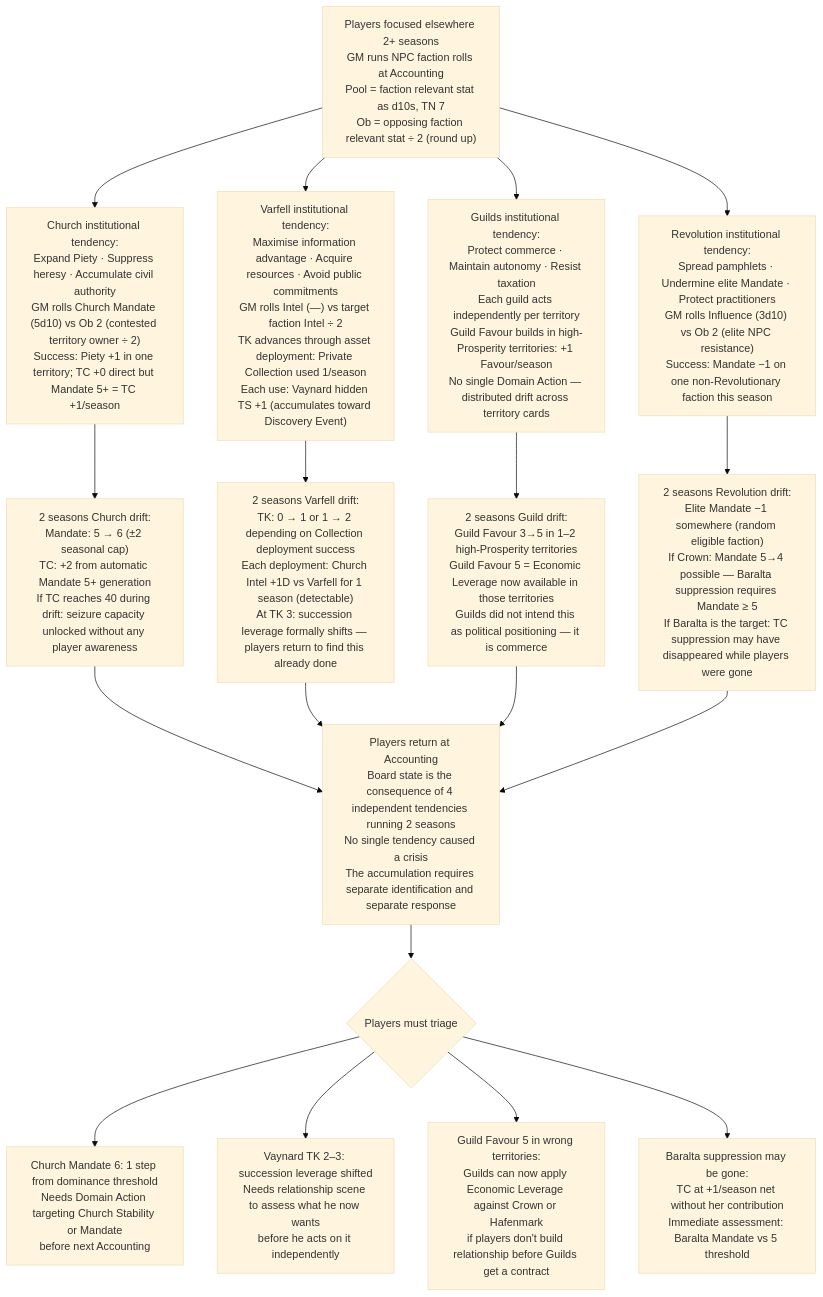
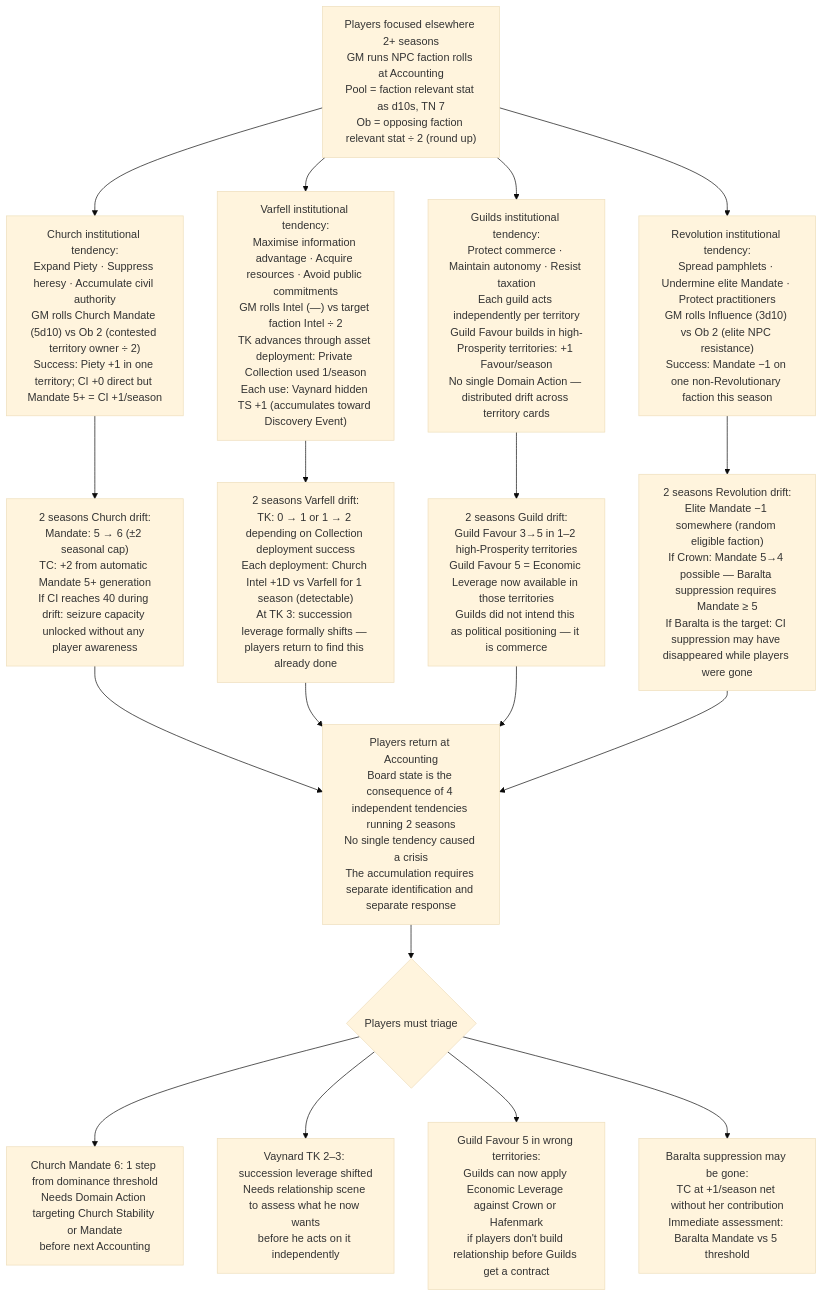
One commit to jordanelias/ttrpg changed the first of 4 diagrams in designs/arcs/arcs_16_19.md. Above: the diagram before and after it, drawn with Mermaid (base theme). The commit also changed other lines of this file and 59 other files, not shown here.

````diff
--- a/designs/arcs/arcs_16_19.md
+++ b/designs/arcs/arcs_16_19.md
@@ -32,19 +32,19 @@
 ```mermaid
 flowchart TD
-    A["Players focused elsewhere 2+ seasons\nGM runs NPC faction rolls at Accounting\nPool = faction relevant stat as d10s, TN 7\nOb = opposing faction relevant stat ÷ 2 (round up)"] --> B["Church institutional tendency:\nExpand Piety · Suppress heresy · Accumulate civil authority\nGM rolls Church Mandate (5d10) vs Ob 2 (contested territory owner ÷ 2)\nSuccess: Piety +1 in one territory; TC +0 direct but Mandate 5+ = TC +1/season"]
+    A["Players focused elsewhere 2+ seasons\nGM runs NPC faction rolls at Accounting\nPool = faction relevant stat as d10s, TN 7\nOb = opposing faction relevant stat ÷ 2 (round up)"] --> B["Church institutional tendency:\nExpand Piety · Suppress heresy · Accumulate civil authority\nGM rolls Church Mandate (5d10) vs Ob 2 (contested territory owner ÷ 2)\nSuccess: Piety +1 in one territory; CI +0 direct but Mandate 5+ = CI +1/season"]
     A --> C["Varfell institutional tendency:\nMaximise information advantage · Acquire resources · Avoid public commitments\nGM rolls Intel (—) vs target faction Intel ÷ 2\nTK advances through asset deployment: Private Collection used 1/season\nEach use: Vaynard hidden TS +1 (accumulates toward Discovery Event)"]
     A --> D["Guilds institutional tendency:\nProtect commerce · Maintain autonomy · Resist taxation\nEach guild acts independently per territory\nGuild Favour builds in high-Prosperity territories: +1 Favour/season\nNo single Domain Action — distributed drift across territory cards"]
     A --> E["Revolution institutional tendency:\nSpread pamphlets · Undermine elite Mandate · Protect practitioners\nGM rolls Influence (3d10) vs Ob 2 (elite NPC resistance)\nSuccess: Mandate −1 on one non-Revolutionary faction this season"]
     
-    B --> F["2 seasons Church drift:\nMandate: 5 → 6 (±2 seasonal cap)\nTC: +2 from automatic Mandate 5+ generation\nIf TC reaches 40 during drift: seizure capacity unlocked without any player awareness"]
+    B --> F["2 seasons Church drift:\nMandate: 5 → 6 (±2 seasonal cap)\nTC: +2 from automatic Mandate 5+ generation\nIf CI reaches 40 during drift: seizure capacity unlocked without any player awareness"]
     C --> G["2 seasons Varfell drift:\nTK: 0 → 1 or 1 → 2 depending on Collection deployment success\nEach deployment: Church Intel +1D vs Varfell for 1 season (detectable)\nAt TK 3: succession leverage formally shifts — players return to find this already done"]
     D --> H["2 seasons Guild drift:\nGuild Favour 3→5 in 1–2 high-Prosperity territories\nGuild Favour 5 = Economic Leverage now available in those territories\nGuilds did not intend this as political positioning — it is commerce"]
-    E --> I["2 seasons Revolution drift:\nElite Mandate −1 somewhere (random eligible faction)\nIf Crown: Mandate 5→4 possible — Baralta suppression requires Mandate ≥ 5\nIf Baralta is the target: TC suppression may have disappeared while players were gone"]
+    E --> I["2 seasons Revolution drift:\nElite Mandate −1 somewhere (random eligible faction)\nIf Crown: Mandate 5→4 possible — Baralta suppression requires Mandate ≥ 5\nIf Baralta is the target: CI suppression may have disappeared while players were gone"]
     
     F & G & H & I --> J["Players return at Accounting\nBoard state is the consequence of 4 independent tendencies running 2 seasons\nNo single tendency caused a crisis\nThe accumulation requires separate identification and separate response"]
     J --> K{Players must triage}
     K --> K1["Church Mandate 6: 1 step from dominance threshold\nNeeds Domain Action targeting Church Stability or Mandate\nbefore next Accounting"]
     K --> K2["Vaynard TK 2–3: succession leverage shifted\nNeeds relationship scene to assess what he now wants\nbefore he acts on it independently"]
     K --> K3["Guild Favour 5 in wrong territories:\nGuilds can now apply Economic Leverage against Crown or Hafenmark\nif players don't build relationship before Guilds get a contract"]
     K --> K4["Baralta suppression may be gone:\nTC at +1/season net without her contribution\nImmediate assessment: Baralta Mandate vs 5 threshold"]
 ```
````
